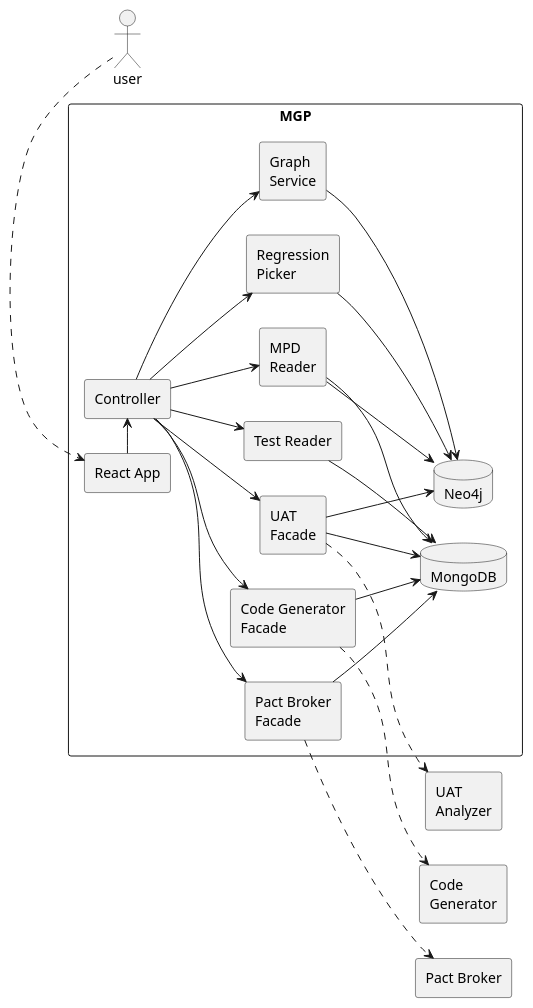
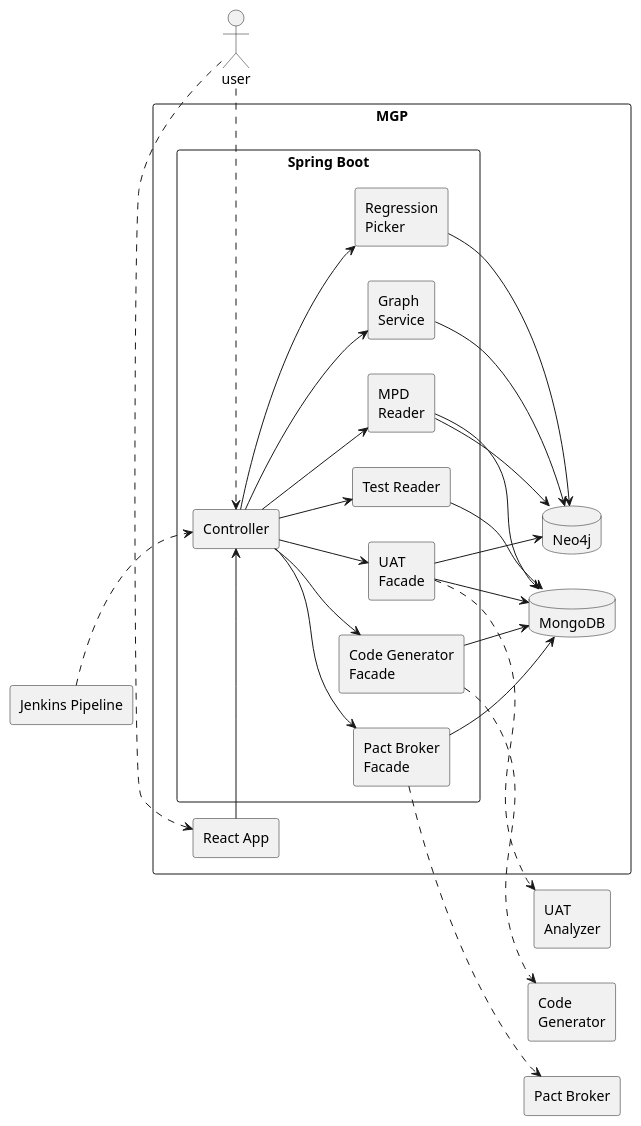
Before and after one commit to b4456609/mgp-back: the diagram in diagram/mgp.puml, drawn with PlantUML.

Commit message:
modify mgp diagram

```diff
--- a/diagram/mgp.puml
+++ b/diagram/mgp.puml
@@ -1,50 +1,59 @@
 @startuml
 left to right direction
 actor user
+rectangle "Jenkins Pipeline" as jp
 rectangle "Code\nGenerator" as cg
 rectangle "UAT\nAnalyzer" as ua
 rectangle "Pact Broker" as pb
 
 rectangle "MGP" {
 	rectangle "React App" as react
-	rectangle "Controller" as con
-	rectangle "Regression\nPicker" as rp
-	rectangle "Graph\nService" as gs
-	rectangle "MPD\nReader" as mr
-	rectangle "Code Generator\nFacade" as cgf
-	rectangle "UAT\nFacade" as uf
-	rectangle "Pact Broker\nFacade" as pbf
-	rectangle "Test Reader" as tr
     database Neo4j as neo
     database MongoDB as mon
+
+
+    rectangle "Spring Boot" {
+        rectangle "Controller" as con
+        rectangle "Regression\nPicker" as rp
+        rectangle "Graph\nService" as gs
+        rectangle "MPD\nReader" as mr
+        rectangle "Code Generator\nFacade" as cgf
+        rectangle "UAT\nFacade" as uf
+        rectangle "Pact Broker\nFacade" as pbf
+        rectangle "Test Reader" as tr
+
+    }
 
     react -> con
     con -d-> rp
     con -d-> gs
     con -d-> mr
     con -d-> cgf
     con -d-> uf
     con -d-> pbf
     con -d-> tr
 
     rp -d-> neo
     gs -d-> neo
     mr -d-> neo
     uf -d-> neo
 
     mr -d-> mon
     cgf -d-> mon
     uf -d-> mon
     pbf -d-> mon
     tr -d-> mon
 }
 
+jp .> con
+jp .[hidden].> react
+user .> con
 user .> react
 cgf .> cg
 uf .> ua
 pbf .> pb
 
 neo -[hidden]> cg
 neo -[hidden]> ua
 neo -[hidden]> pb
 @enduml
```
